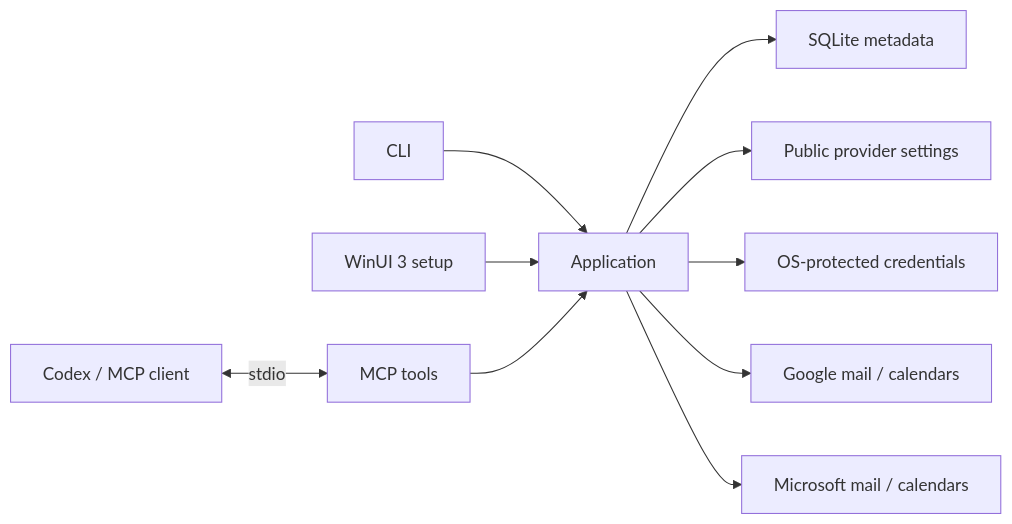
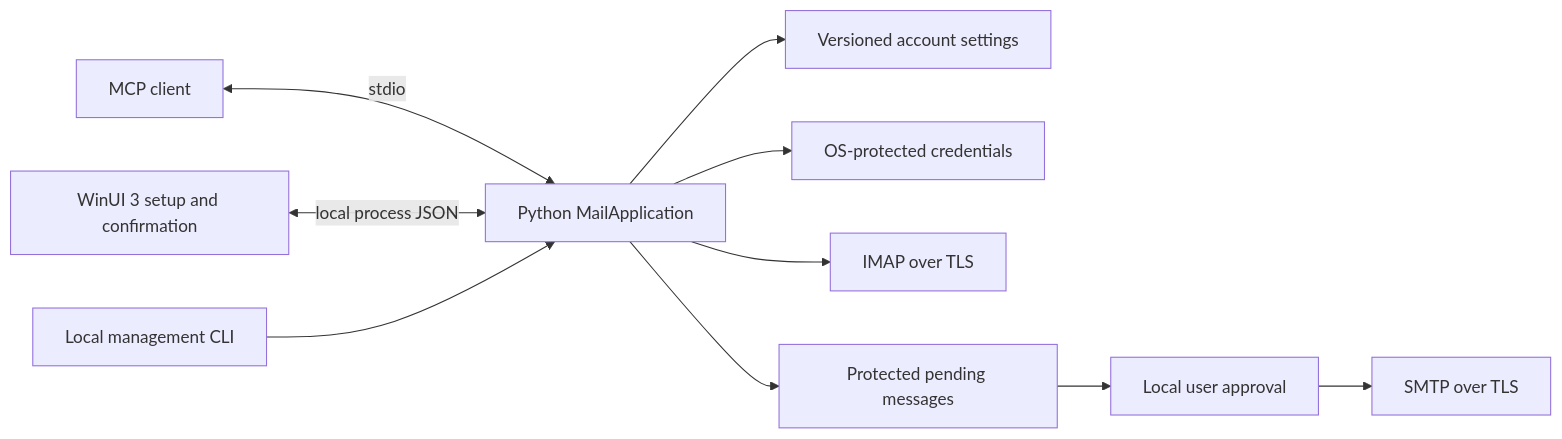
The diagram in docs/ARCHITECTURE.md (umbertotechnopreneur/AgentInbox), drawn with Mermaid before and after one commit. The commit also changed other lines of this file and 46 other files, not shown here.

First line of the commit message:
Rewrite documentation for IMAP and optional approved SMTP [skip ci]

````diff
--- a/docs/ARCHITECTURE.md
+++ b/docs/ARCHITECTURE.md
@@ -5,12 +7,12 @@
 ```mermaid
 flowchart LR
-    CLI[CLI] --> APP[Application]
-    DESKTOP[WinUI 3 setup] --> APP
-    CLIENT[Codex / MCP client] <-->|stdio| MCP[MCP tools]
-    MCP --> APP
-    APP --> DB[SQLite metadata]
-    APP --> SETTINGS[Public provider settings]
-    APP --> VAULT[OS-protected credentials]
-    APP --> GOOGLE[Google mail / calendars]
-    APP --> MS[Microsoft mail / calendars]
+    CLIENT[MCP client] <-->|stdio| PY[Python MailApplication]
+    UI[WinUI 3 setup and confirmation] <-->|local process JSON| PY
+    CLI[Local management CLI] --> PY
+    PY --> CONFIG[Versioned account settings]
+    PY --> VAULT[OS-protected credentials]
+    PY --> IMAP[IMAP over TLS]
+    PY --> PENDING[Protected pending messages]
+    PENDING --> REVIEW[Local user approval]
+    REVIEW --> SMTP[SMTP over TLS]
 ```
````
